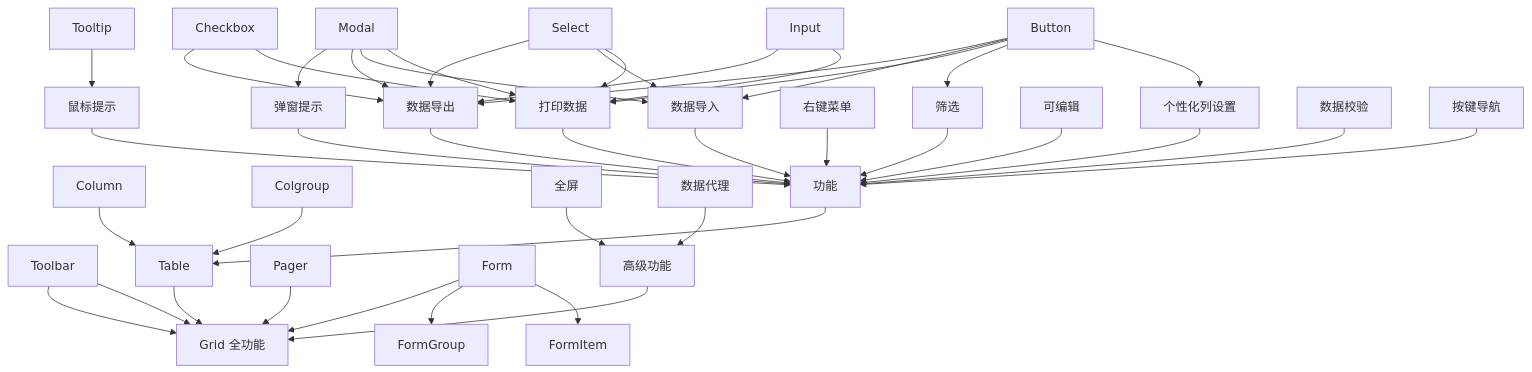
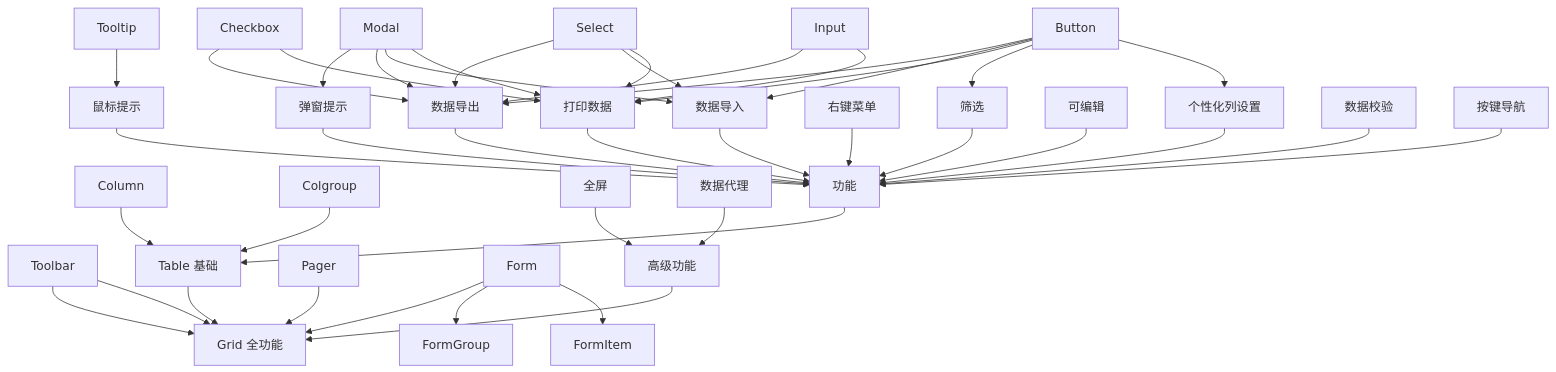
The second of 4 diagrams in framework.md (x-extends/vxe-ui-docs), drawn with Mermaid before and after one commit.

````diff
--- a/framework.md
+++ b/framework.md
@@ -14,44 +14,44 @@
 ```mermaid
 graph TD;
     Toolbar-->Grid[Grid 全功能];
-    Table-->Grid;
+    Table[Table 基础]-->Grid;
     Column-->Table;
     Colgroup-->Table;
     Pager-->Grid;
     Form-->Grid;
     Form-->FormGroup;
     Form-->FormItem;
     Toolbar-->Grid;
     gFunc[高级功能]-->Grid;
     zoom[全屏]-->gFunc;
     proxy[数据代理]-->gFunc;
     modules[功能]-->Table;
     tip[鼠标提示]-->modules;
     Tooltip-->tip;
     modal[弹窗提示]-->modules;
     Modal-->modal;
     export[数据导出]-->modules;
     Button-->export;
     Checkbox-->export;
     Select-->export;
     Input-->export;
     Modal-->export;
     import[数据导入]-->modules;
     Button-->import;
     Modal-->import;
     Select-->import;
     print[打印数据]-->modules;
     Button-->print;
     Checkbox-->print;
     Select-->print;
     Input-->print;
     Modal-->print;
     menu[右键菜单]-->modules;
     filter[筛选]-->modules;
     Button-->filter;
     edit[可编辑]-->modules;
     custom[个性化列设置]-->modules;
     Button-->custom;
     Vvalidator[数据校验]-->modules;
     keyboard[按键导航]-->modules;
 ```
````
